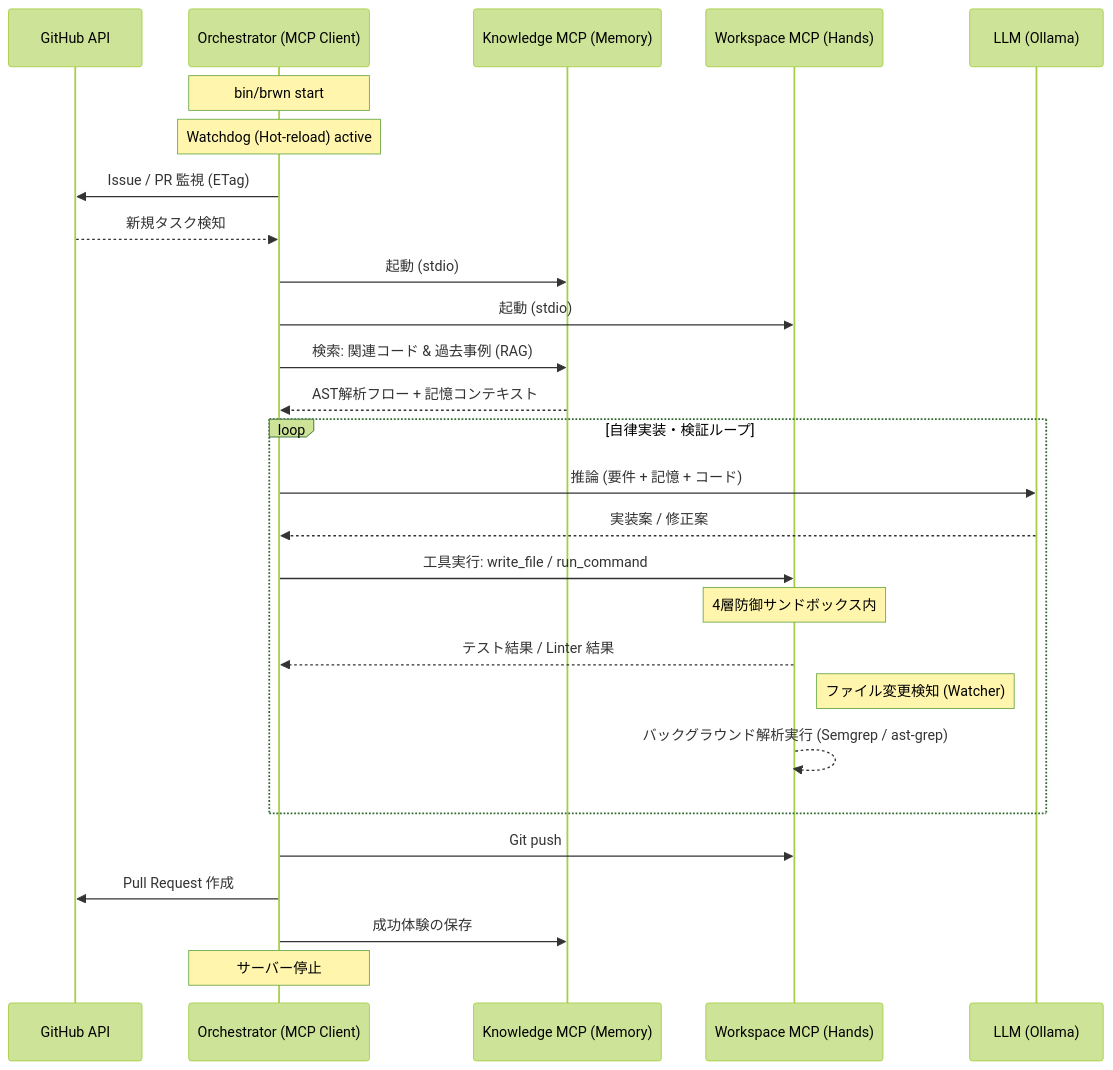
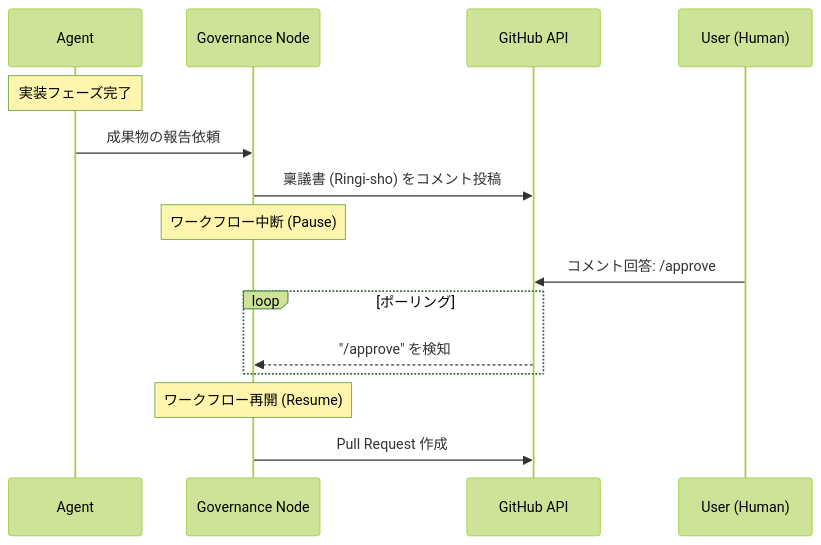
One commit to globalpocket/brownie changed the third of 3 diagrams in docs/Home.md. Above: the diagram before and after it, drawn with Mermaid (forest theme). The commit also changed other lines of this file and 25 other files, not shown here.

Commit message:
docs: add comprehensive architecture documentation and update existing project guides

````diff
--- a/docs/Home.md
+++ b/docs/Home.md
@@ -35,36 +81,22 @@
 ```mermaid
 sequenceDiagram
+    participant AGT as Agent
+    participant GOV as Governance Node
     participant GH as GitHub API
-    participant ORC as Orchestrator (MCP Client)
-    participant KNO as Knowledge MCP (Memory)
-    participant WS as Workspace MCP (Hands)
-    participant LLM as LLM (Ollama)
-
-    Note over ORC: bin/brwn start
-    Note over ORC: Watchdog (Hot-reload) active
-    ORC->>GH: Issue / PR 監視 (ETag)
-    GH-->>ORC: 新規タスク検知
+    participant USR as User (Human)
     
-    ORC->>KNO: 起動 (stdio)
-    ORC->>WS: 起動 (stdio)
+    Note over AGT: 実装フェーズ完了
+    AGT->>GOV: 成果物の報告依頼
     
-    ORC->>KNO: 検索: 関連コード & 過去事例 (RAG)
-    KNO-->>ORC: AST解析フロー + 記憶コンテキスト
+    GOV->>GH: 稟議書 (Ringi-sho) をコメント投稿
+    Note over GOV: ワークフロー中断 (Pause)
     
-    loop 自律実装・検証ループ
-        ORC->>LLM: 推論 (要件 + 記憶 + コード)
-        LLM-->>ORC: 実装案 / 修正案
-        
-        ORC->>WS: 工具実行: write_file / run_command
-        Note over WS: 4層防御サンドボックス内
-        WS-->>ORC: テスト結果 / Linter 結果
-        
-        Note right of WS: ファイル変更検知 (Watcher)
-        WS-->>WS: バックグラウンド解析実行 (Semgrep / ast-grep)
+    USR->>GH: コメント回答: /approve
+    
+    loop ポーリング
+        GH-->>GOV: "/approve" を検知
     end
-
-    ORC->>WS: Git push
-    ORC->>GH: Pull Request 作成
-    ORC->>KNO: 成功体験の保存
-    Note over ORC: サーバー停止
+    
+    Note over GOV: ワークフロー再開 (Resume)
+    GOV->>GH: Pull Request 作成
 ```
````
